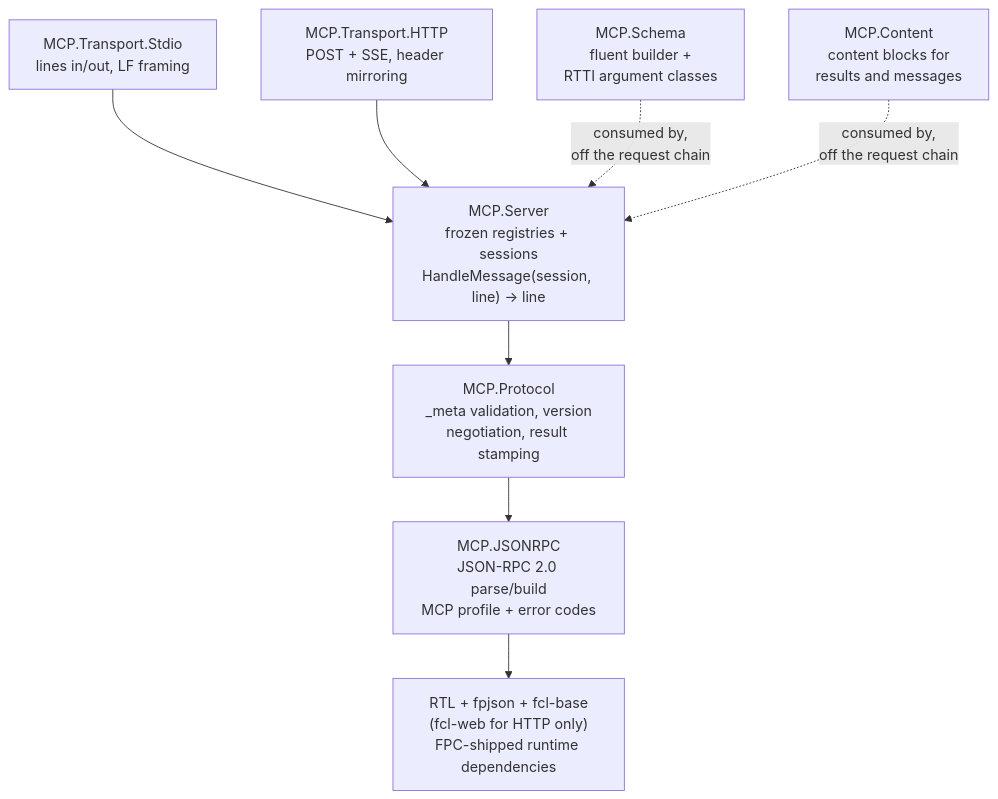
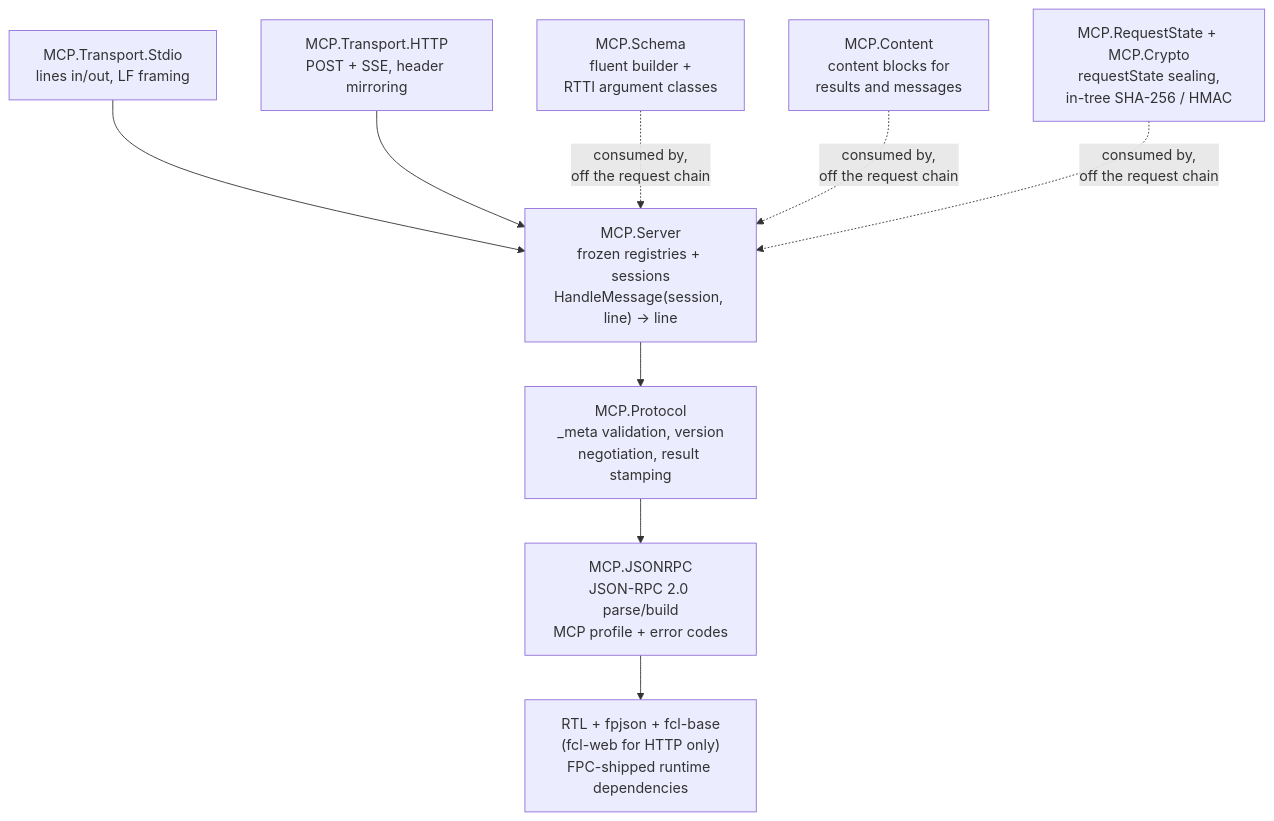
The first of 5 diagrams in docs/internals/architecture.md (frostney/pascal-mcp-sdk), drawn with Mermaid before and after one commit. The commit also changed other lines of this file and 17 other files, not shown here.

First line of the commit message:
feat!: seal requestState with HMAC-SHA-256 before handlers see it (#103)

````diff
--- a/docs/internals/architecture.md
+++ b/docs/internals/architecture.md
@@ -26,18 +31,20 @@
 ```mermaid
 flowchart TB
     STDIO["MCP.Transport.Stdio<br/>lines in/out, LF framing"]
     HTTP["MCP.Transport.HTTP<br/>POST + SSE, header mirroring"]
     SCHEMA["MCP.Schema<br/>fluent builder +<br/>RTTI argument classes"]
     CONTENT["MCP.Content<br/>content blocks for<br/>results and messages"]
+    SEAL["MCP.RequestState + MCP.Crypto<br/>requestState sealing,<br/>in-tree SHA-256 / HMAC"]
     SERVER["MCP.Server<br/>frozen registries + sessions<br/>HandleMessage(session, line) → line"]
     PROTOCOL["MCP.Protocol<br/>_meta validation, version<br/>negotiation, result stamping"]
     JSONRPC["MCP.JSONRPC<br/>JSON-RPC 2.0 parse/build<br/>MCP profile + error codes"]
     RTL["RTL + fpjson + fcl-base<br/>(fcl-web for HTTP only)<br/>FPC-shipped runtime dependencies"]
     STDIO --> SERVER
     HTTP --> SERVER
     SCHEMA -. "consumed by,<br/>off the request chain" .-> SERVER
     CONTENT -. "consumed by,<br/>off the request chain" .-> SERVER
+    SEAL -. "consumed by,<br/>off the request chain" .-> SERVER
     SERVER --> PROTOCOL
     PROTOCOL --> JSONRPC
     JSONRPC --> RTL
 ```
````
